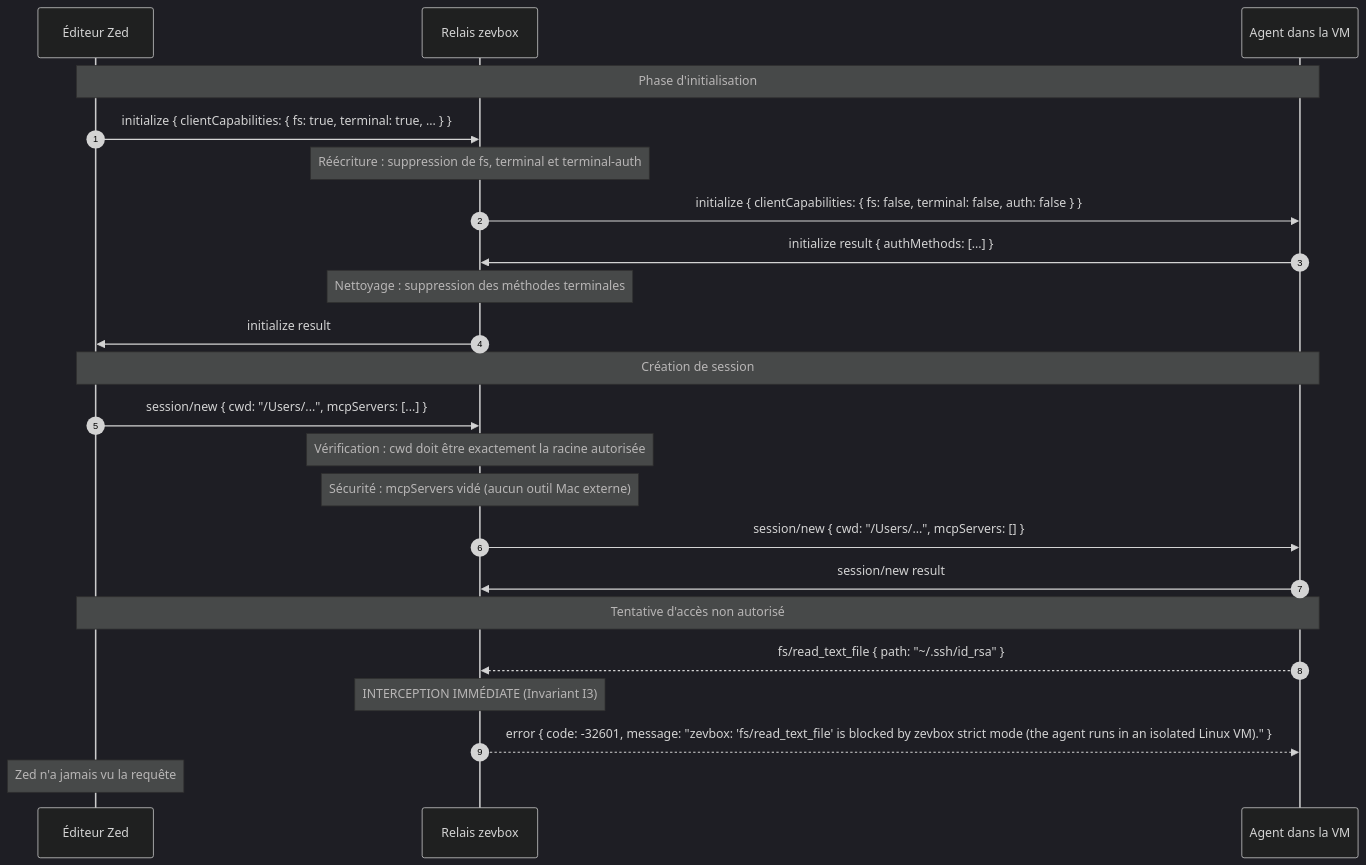
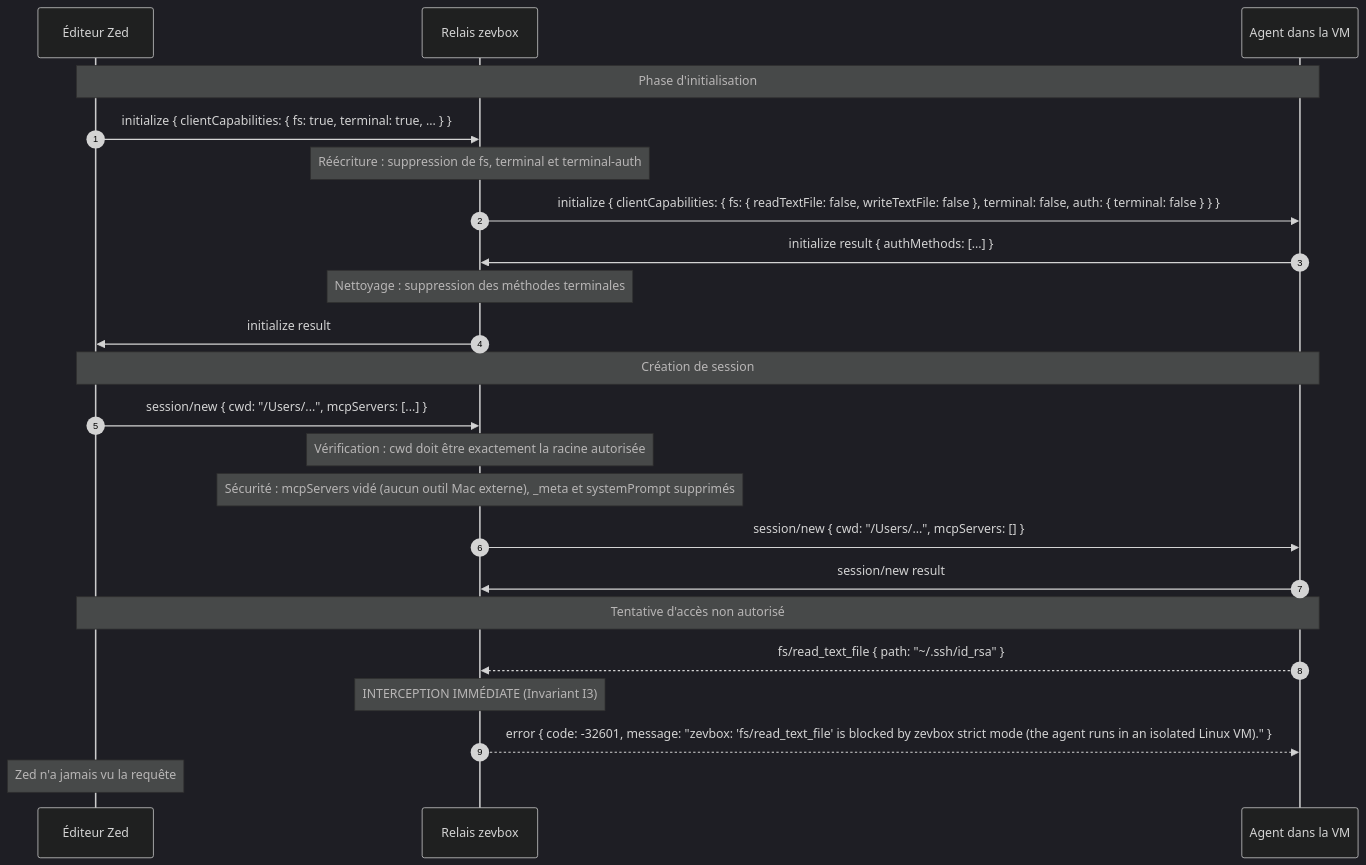
One commit to brainztorm/zevbox changed the fourth of 8 diagrams in docs/fr/ARCHITECTURE.md. Above: the diagram before and after it, drawn with Mermaid (dark theme). The commit also changed other lines of this file and 12 other files, not shown here.

````diff
--- a/docs/fr/ARCHITECTURE.md
+++ b/docs/fr/ARCHITECTURE.md
@@ -151,28 +153,28 @@
 ```mermaid
 sequenceDiagram
     autonumber
     participant Zed as Éditeur Zed
     participant Relay as Relais zevbox
     participant Agent as Agent dans la VM
 
     Note over Zed,Agent: Phase d'initialisation
     Zed->>Relay: initialize { clientCapabilities: { fs: true, terminal: true, ... } }
     Note over Relay: Réécriture : suppression de fs, terminal et terminal-auth
-    Relay->>Agent: initialize { clientCapabilities: { fs: false, terminal: false, auth: false } }
+    Relay->>Agent: initialize { clientCapabilities: { fs: { readTextFile: false, writeTextFile: false }, terminal: false, auth: { terminal: false } } }
     Agent->>Relay: initialize result { authMethods: [...] }
     Note over Relay: Nettoyage : suppression des méthodes terminales
     Relay->>Zed: initialize result
 
     Note over Zed,Agent: Création de session
     Zed->>Relay: session/new { cwd: "/Users/...", mcpServers: [...] }
     Note over Relay: Vérification : cwd doit être exactement la racine autorisée
-    Note over Relay: Sécurité : mcpServers vidé (aucun outil Mac externe)
+    Note over Relay: Sécurité : mcpServers vidé (aucun outil Mac externe), _meta et systemPrompt supprimés
     Relay->>Agent: session/new { cwd: "/Users/...", mcpServers: [] }
     Agent->>Relay: session/new result
 
     Note over Zed,Agent: Tentative d'accès non autorisé
     Agent-->>Relay: fs/read_text_file { path: "~/.ssh/id_rsa" }
     Note over Relay: INTERCEPTION IMMÉDIATE (Invariant I3)
     Relay-->>Agent: error { code: -32601, message: "zevbox: 'fs/read_text_file' is blocked by zevbox strict mode (the agent runs in an isolated Linux VM)." }
     Note over Zed: Zed n'a jamais vu la requête
 ```
````
